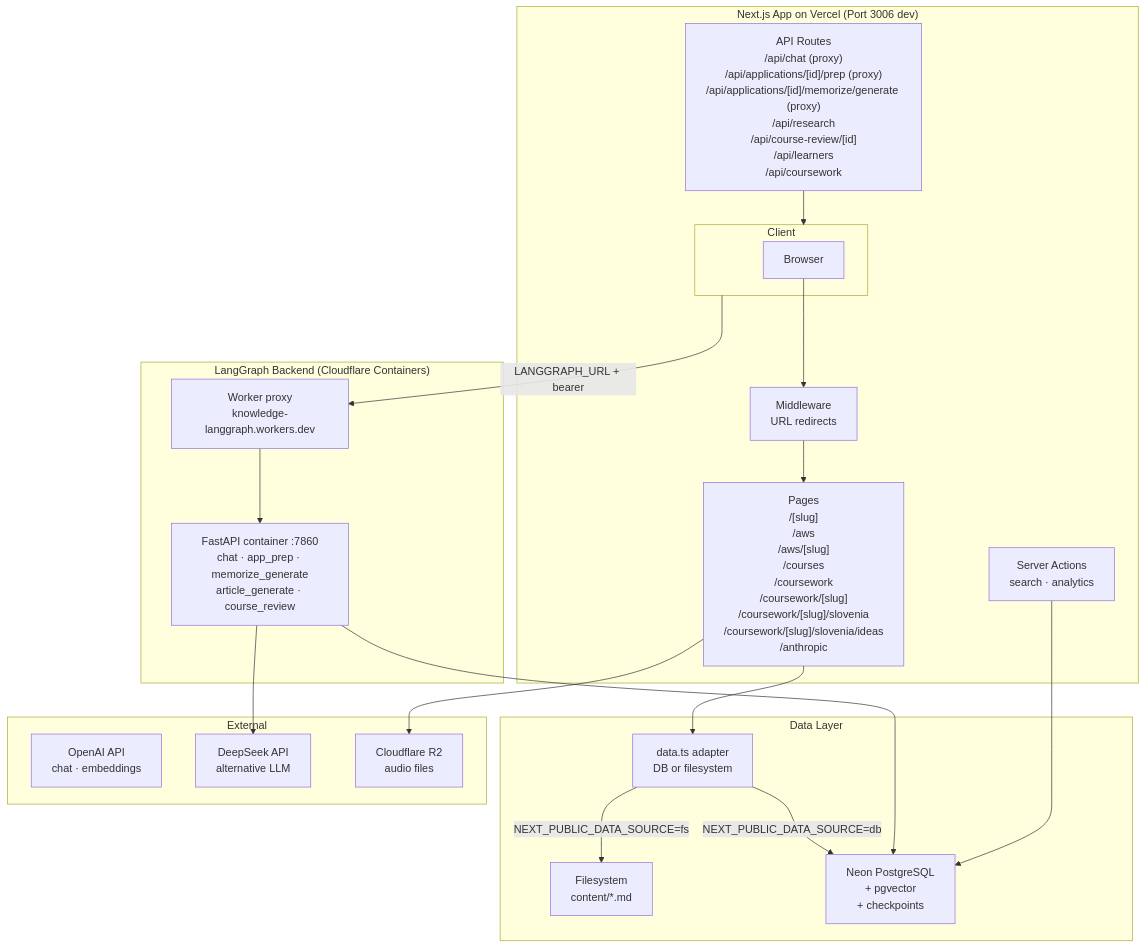
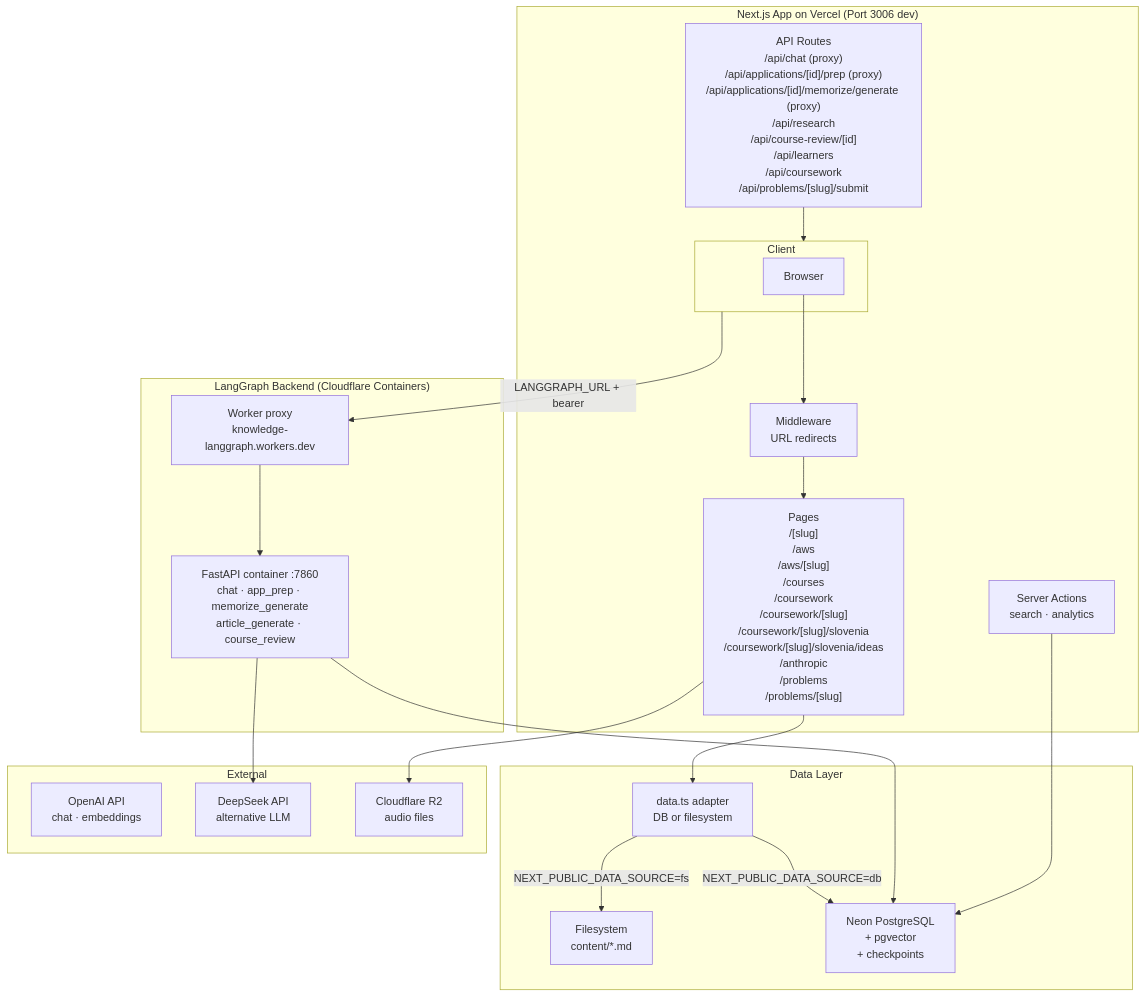
Before and after one commit to v9ai/ai-apps: the first of 8 diagrams in apps/knowledge/README.md, drawn with Mermaid. The commit also changed other lines of this file and 10 other files, not shown here.

````diff
--- a/apps/knowledge/README.md
+++ b/apps/knowledge/README.md
@@ -18,44 +18,44 @@
 ```mermaid
 graph TD
     subgraph Client
         Browser["Browser"]
     end
 
     subgraph Next.js["Next.js App on Vercel (Port 3006 dev)"]
-        Pages["Pages\n/[slug]\n/aws\n/aws/[slug]\n/courses\n/coursework\n/coursework/[slug]\n/coursework/[slug]/slovenia\n/coursework/[slug]/slovenia/ideas\n/anthropic"]
-        API["API Routes\n/api/chat (proxy)\n/api/applications/[id]/prep (proxy)\n/api/applications/[id]/memorize/generate (proxy)\n/api/research\n/api/course-review/[id]\n/api/learners\n/api/coursework"]
+        Pages["Pages\n/[slug]\n/aws\n/aws/[slug]\n/courses\n/coursework\n/coursework/[slug]\n/coursework/[slug]/slovenia\n/coursework/[slug]/slovenia/ideas\n/anthropic\n/problems\n/problems/[slug]"]
+        API["API Routes\n/api/chat (proxy)\n/api/applications/[id]/prep (proxy)\n/api/applications/[id]/memorize/generate (proxy)\n/api/research\n/api/course-review/[id]\n/api/learners\n/api/coursework\n/api/problems/[slug]/submit"]
         Client["src/lib/langgraph-client.ts\nPOST /runs/wait"]
         SA["Server Actions\nsearch · analytics"]
         MW["Middleware\nURL redirects"]
     end
 
     subgraph LangGraph["LangGraph Backend (Cloudflare Containers)"]
         Worker["Worker proxy\nknowledge-langgraph.workers.dev"]
         Container["FastAPI container :7860\nchat · app_prep · memorize_generate\narticle_generate · course_review"]
     end
 
     subgraph Data["Data Layer"]
         Adapter["data.ts adapter\nDB or filesystem"]
         FS["Filesystem\ncontent/*.md"]
         DB["Neon PostgreSQL\n+ pgvector\n+ checkpoints"]
     end
 
     subgraph External
         OpenAI["OpenAI API\nchat · embeddings"]
         DeepSeek["DeepSeek API\nalternative LLM"]
         R2["Cloudflare R2\naudio files"]
     end
 
     Browser --> MW
     MW --> Pages
     Pages --> Adapter
     SA --> DB
     API --> Client
     Client -->|LANGGRAPH_URL + bearer| Worker
     Worker --> Container
     Container --> DeepSeek
     Container --> DB
     Adapter -->|NEXT_PUBLIC_DATA_SOURCE=db| DB
     Adapter -->|NEXT_PUBLIC_DATA_SOURCE=fs| FS
     Pages --> R2
 ```
````
